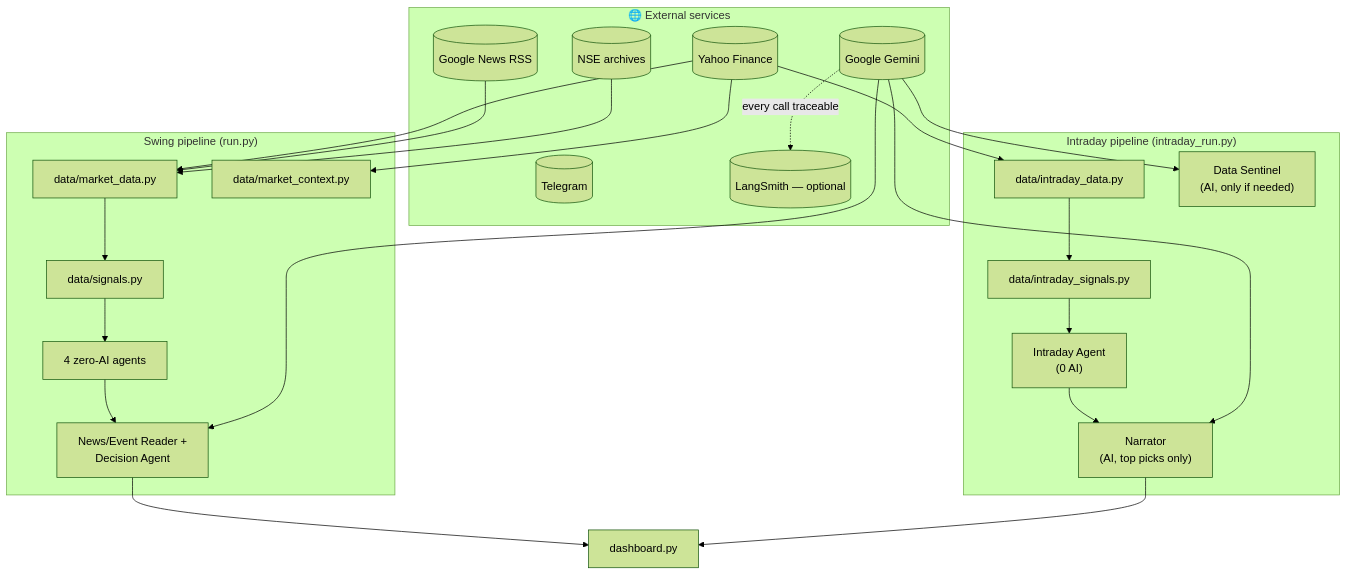
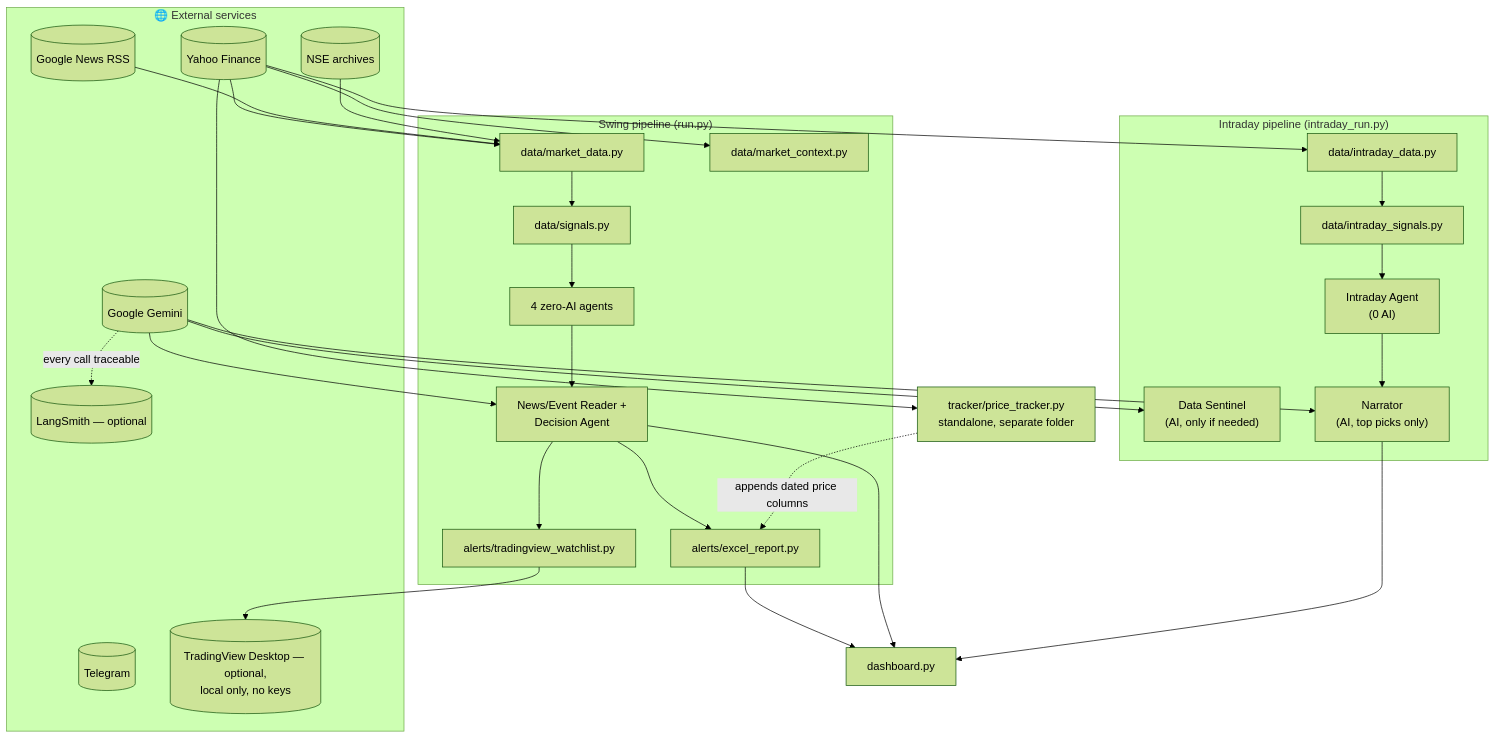
The diagram in HOW_IT_WORKS.md (Diksha20Bhatia/ai-equity-analyst), drawn with Mermaid (forest theme) before and after one commit. The commit also changed other lines of this file and 3 other files, not shown here.

````diff
--- a/HOW_IT_WORKS.md
+++ b/HOW_IT_WORKS.md
@@ -28,37 +28,45 @@
 ```mermaid
 flowchart TB
     subgraph External["🌐 External services"]
         Gemini[("Google Gemini")]
         Yahoo[("Yahoo Finance")]
         GNews[("Google News RSS")]
         NSEArc[("NSE archives")]
         TG[("Telegram")]
         LS[("LangSmith — optional")]
+        TV[("TradingView Desktop — optional,<br/>local only, no keys")]
     end
     subgraph SwingApp["Swing pipeline (run.py)"]
         MarketData["data/market_data.py"]
         Signals["data/signals.py"]
         MktCtx["data/market_context.py"]
         ZeroAI["4 zero-AI agents"]
         EventDecision["News/Event Reader +<br/>Decision Agent"]
+        Excel["alerts/excel_report.py"]
+        TVAlert["alerts/tradingview_watchlist.py"]
     end
     subgraph IntraApp["Intraday pipeline (intraday_run.py)"]
         IntraData["data/intraday_data.py"]
         IntraSignals["data/intraday_signals.py"]
         IntraAgent["Intraday Agent<br/>(0 AI)"]
         Sentinel["Data Sentinel<br/>(AI, only if needed)"]
         Narrator["Narrator<br/>(AI, top picks only)"]
     end
+    Tracker["tracker/price_tracker.py<br/>standalone, separate folder"]
     Dashboard["dashboard.py"]
 
-    Yahoo --> MarketData & MktCtx & IntraData
+    Yahoo --> MarketData & MktCtx & IntraData & Tracker
     GNews --> MarketData
     NSEArc --> MarketData
     MarketData --> Signals --> ZeroAI
     IntraData --> IntraSignals --> IntraAgent
     ZeroAI --> EventDecision
     IntraAgent --> Narrator
     Gemini --> EventDecision & Sentinel & Narrator
+    EventDecision --> Excel & TVAlert
+    TVAlert --> TV
+    Excel --> Dashboard
+    Tracker -.->|appends dated price columns| Excel
     EventDecision & Narrator --> Dashboard
     Gemini -.->|every call traceable| LS
 ```
````
